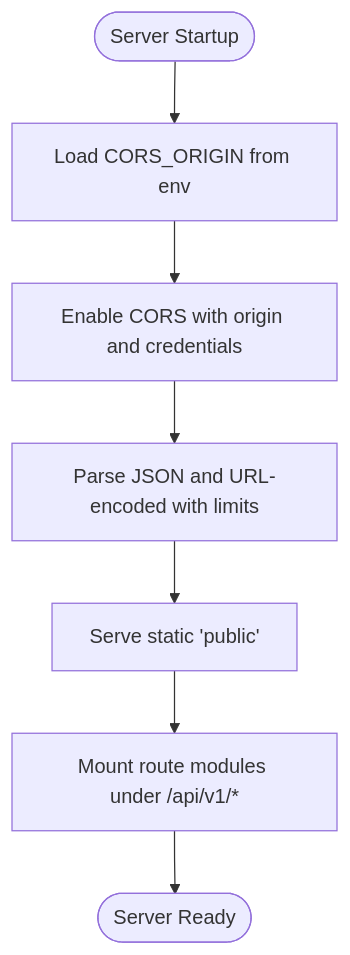
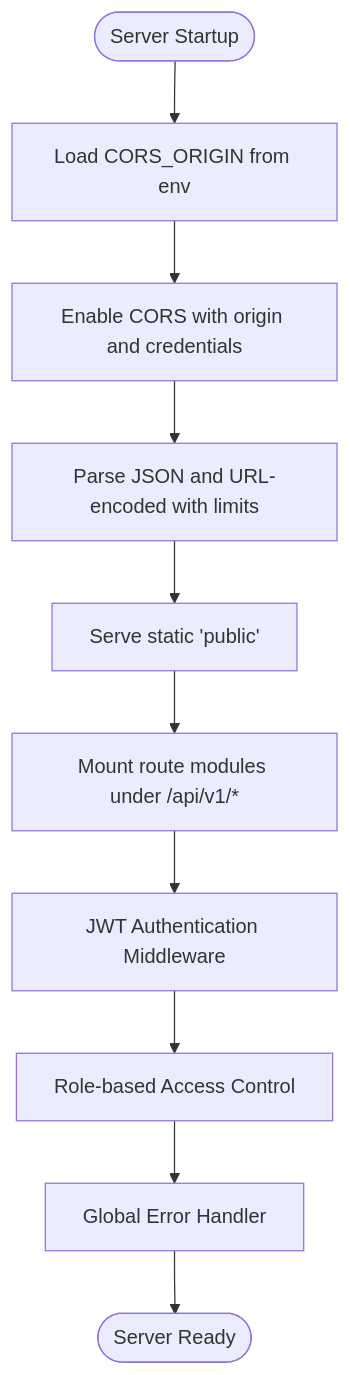
Before and after one commit to Aryan9060/Timetable-Project: the fourth of 11 diagrams in .qoder/repowiki/en/content/Development Workflow.md, drawn with Mermaid. The commit also changed other lines of this file and 7 other files, not shown here.

````diff
--- a/.qoder/repowiki/en/content/Development Workflow.md
+++ b/.qoder/repowiki/en/content/Development Workflow.md
@@ -186,9 +228,12 @@
 ```mermaid
 flowchart TD
 Start(["Server Startup"]) --> LoadEnv["Load CORS_ORIGIN from env"]
 LoadEnv --> ConfigureCORS["Enable CORS with origin and credentials"]
 ConfigureCORS --> BodyParsers["Parse JSON and URL-encoded with limits"]
 BodyParsers --> StaticServe["Serve static 'public'"]
 StaticServe --> MountRoutes["Mount route modules under /api/v1/*"]
-MountRoutes --> Ready(["Server Ready"])
+MountRoutes --> AuthMiddleware["JWT Authentication Middleware"]
+AuthMiddleware --> RoleCheck["Role-based Access Control"]
+RoleCheck --> ErrorHandler["Global Error Handler"]
+ErrorHandler --> Ready(["Server Ready"])
 ```
````
